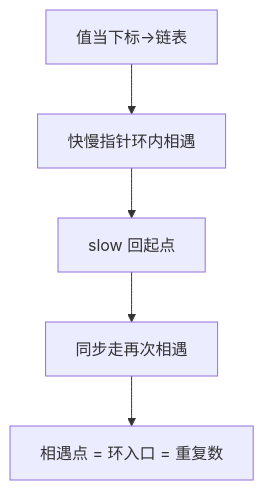
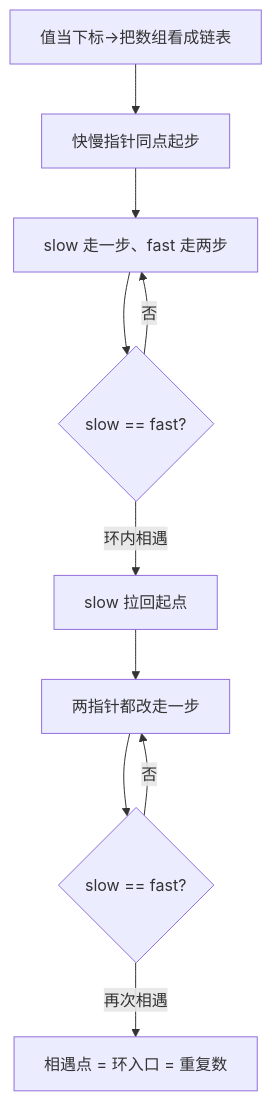
Before and after one commit to OctalZero/hot100-py: the first of 2 diagrams in 18-技巧/0287-寻找重复数.md, drawn with Mermaid. The commit also changed other lines of this file and 117 other files, not shown here.

First line of the commit message:
feat: 全题解配图升级为「动画式 mermaid」（总览骨架 + 横向时间线逐步推演）

````diff
--- a/18-技巧/0287-寻找重复数.md
+++ b/18-技巧/0287-寻找重复数.md
@@ -21,7 +21,12 @@
 ```mermaid
 flowchart TD
-    A["值当下标→链表"] --> B["快慢指针环内相遇"]
-    B --> C["slow 回起点"]
-    C --> D["同步走再次相遇"]
-    D --> E["相遇点 = 环入口 = 重复数"]
+    A["值当下标→把数组看成链表"] --> B["快慢指针同点起步"]
+    B --> C["slow 走一步、fast 走两步"]
+    C --> D{"slow == fast?"}
+    D -->|"否"| C
+    D -->|"环内相遇"| E["slow 拉回起点"]
+    E --> F["两指针都改走一步"]
+    F --> G{"slow == fast?"}
+    G -->|"否"| F
+    G -->|"再次相遇"| H["相遇点 = 环入口 = 重复数"]
 ```
````
